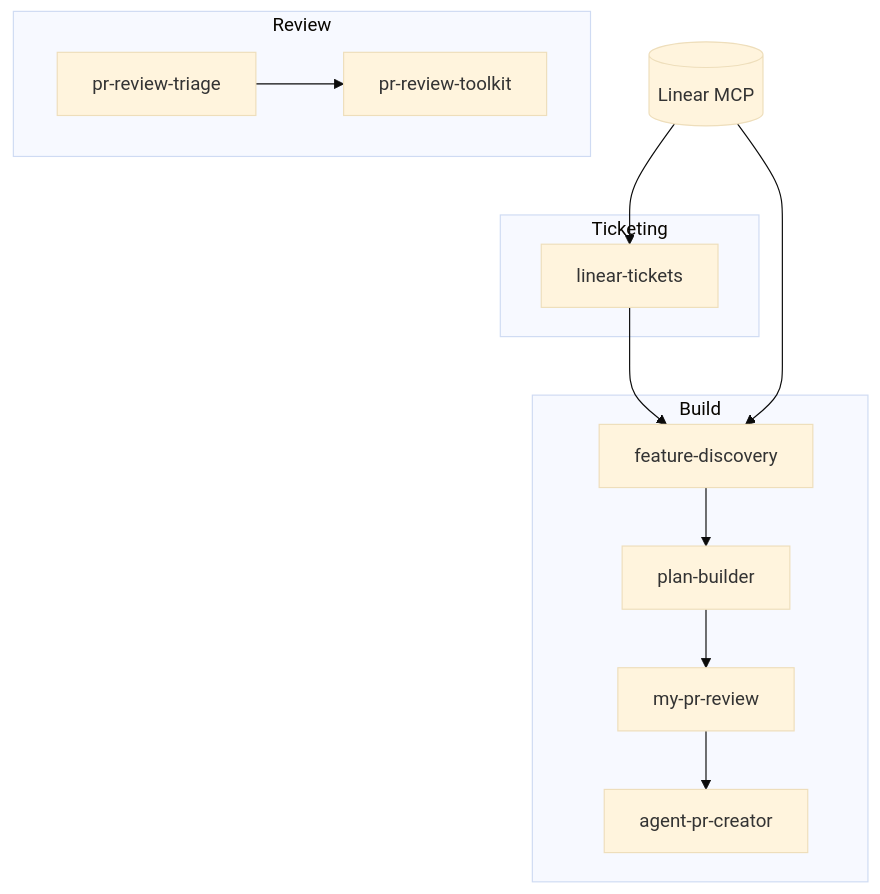
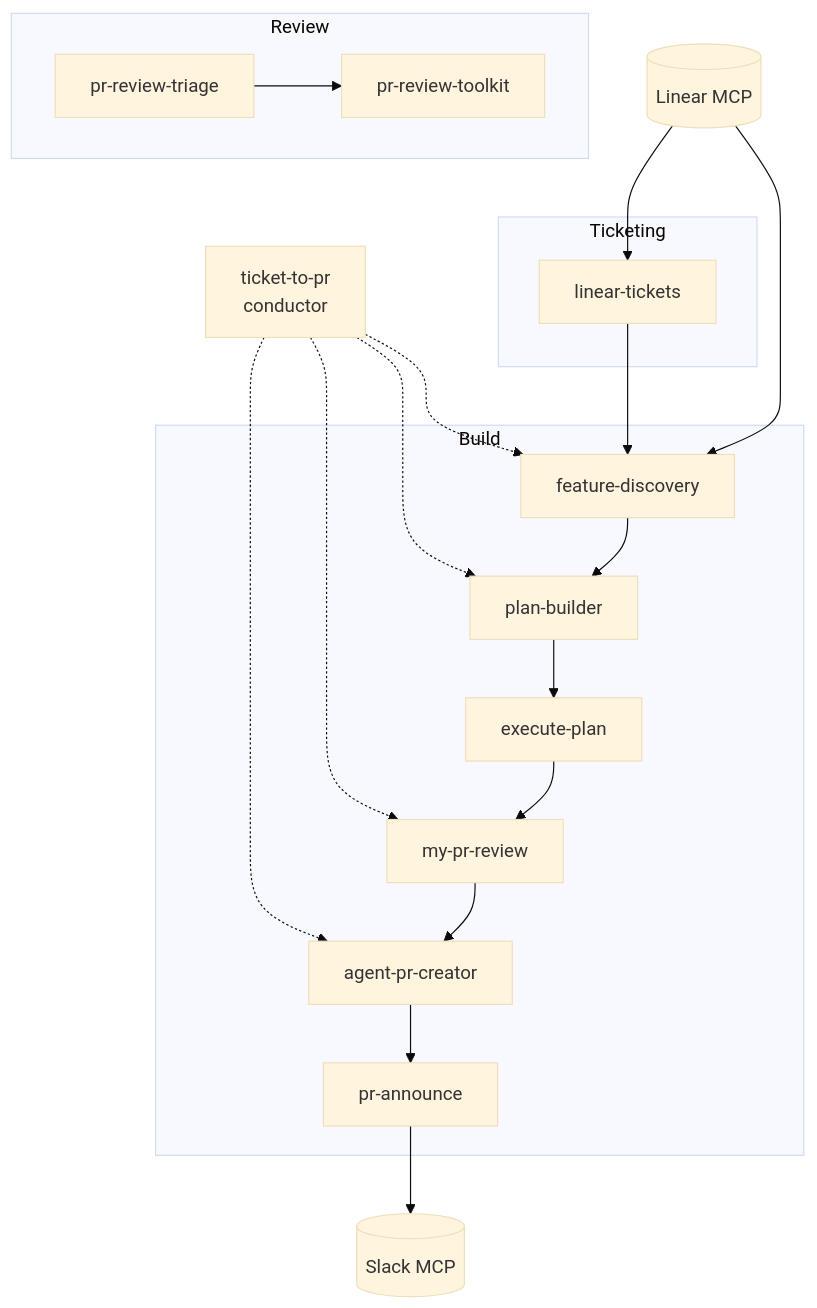
Before and after one commit to aangieespinoza/workflow-ai-toolkit: the fourth of 4 diagrams in docs/workflows.md, drawn with Mermaid (base theme). The commit also changed other lines of this file and 20 other files, not shown here.

````diff
--- a/docs/workflows.md
+++ b/docs/workflows.md
@@ -84,14 +107,19 @@
 ```mermaid
 flowchart TD
+    T2PR[ticket-to-pr<br/>conductor] -.-> FD
+    T2PR -.-> PB
+    T2PR -.-> MPR
+    T2PR -.-> PRC
     subgraph Build
-        FD[feature-discovery] --> PB[plan-builder] --> MPR[my-pr-review] --> PRC[agent-pr-creator]
+        FD[feature-discovery] --> PB[plan-builder] --> EP[execute-plan] --> MPR[my-pr-review] --> PRC[agent-pr-creator] --> ANN[pr-announce]
     end
     subgraph Review
         PRT[pr-review-triage] --> PRTK[pr-review-toolkit]
     end
     subgraph Ticketing
         LT[linear-tickets] --> FD
     end
     LinearMCP[(Linear MCP)] --> LT
     LinearMCP --> FD
+    ANN --> SlackMCP[(Slack MCP)]
 ```
````
